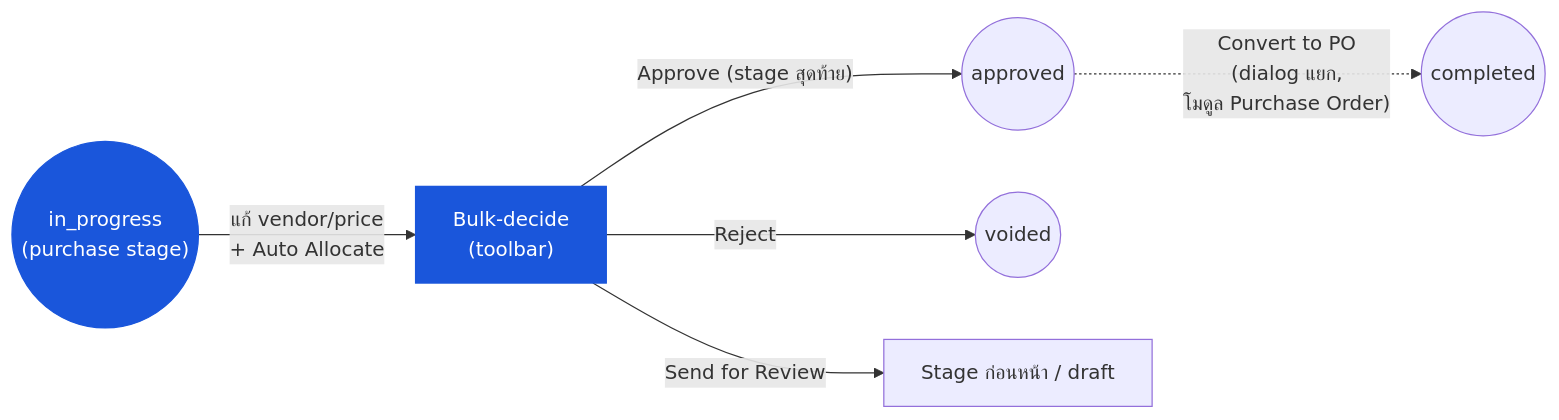
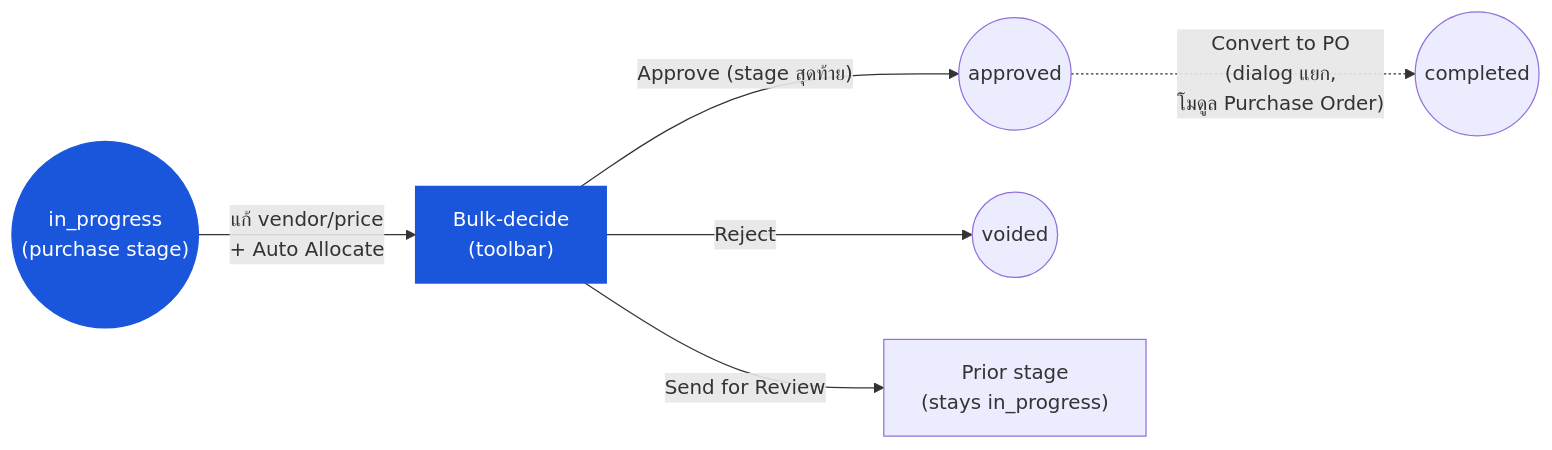
One commit to CarmenSoftware-organization/carmen-wiki changed the diagram in th/inventory/purchase-request/03-user-flow-purchaser.md. Above: the diagram before and after it, drawn with Mermaid. The commit also changed other lines of this file and 37 other files, not shown here.

````diff
--- a/th/inventory/purchase-request/03-user-flow-purchaser.md
+++ b/th/inventory/purchase-request/03-user-flow-purchaser.md
@@ -25,9 +25,9 @@
 ```mermaid
 graph LR
     inprog(("in_progress<br/>(purchase stage)")):::current -->|"แก้ vendor/price<br/>+ Auto Allocate"| decide["Bulk-decide<br/>(toolbar)"]:::current
     decide -->|"Approve (stage สุดท้าย)"| approved(("approved"))
     decide -->|"Reject"| voided(("voided"))
-    decide -->|"Send for Review"| prior["Stage ก่อนหน้า / draft"]
+    decide -->|"Send for Review"| prior["Prior stage<br/>(stays in_progress)"]
     approved -.->|"Convert to PO<br/>(dialog แยก,<br/>โมดูล Purchase Order)"| completed(("completed"))
     classDef current fill:#1a56db,color:#fff,stroke:#1a56db;
 ```
````
